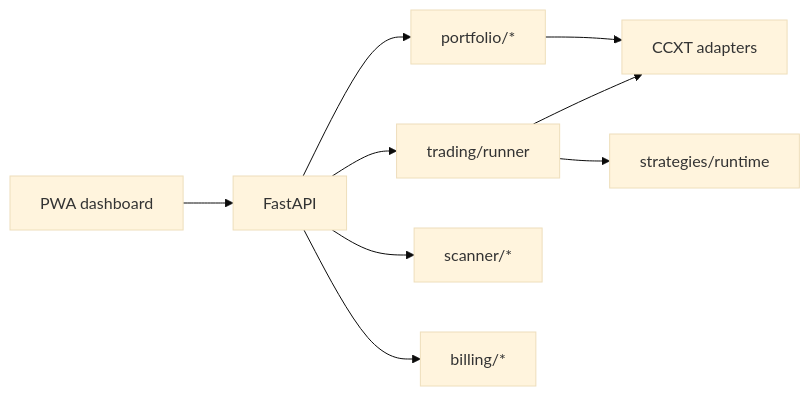
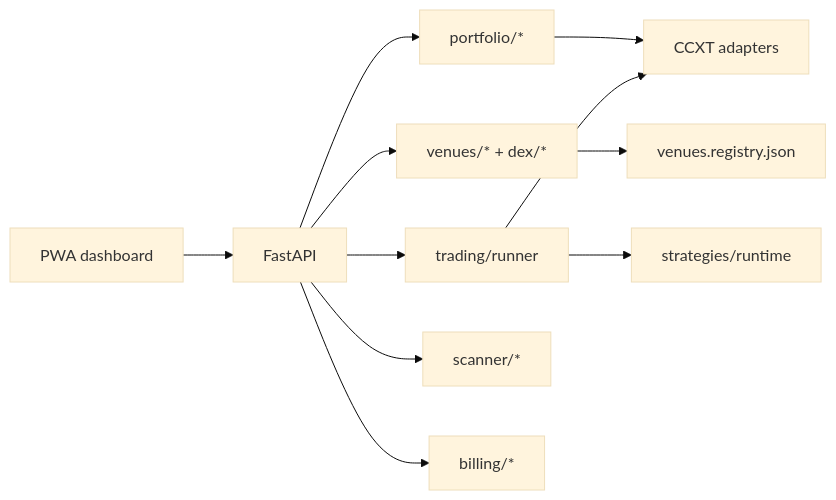
The diagram in README.md (edwardlthompson/trendalgo-bot), drawn with Mermaid (base theme) before and after one commit. The commit also changed other lines of this file and 89 other files, not shown here.

````diff
--- a/README.md
+++ b/README.md
@@ -26,11 +26,13 @@
 ```mermaid
 flowchart LR
   PWA[PWA dashboard] --> API[FastAPI]
   API --> Portfolio[portfolio/*]
+  API --> Venues[venues/* + dex/*]
   API --> Runner[trading/runner]
   API --> Scanner[scanner/*]
   API --> Billing[billing/*]
   Portfolio --> CCXT[CCXT adapters]
+  Venues --> Registry[venues.registry.json]
   Runner --> CCXT
   Runner --> Strategies[strategies/runtime]
 ```
````
